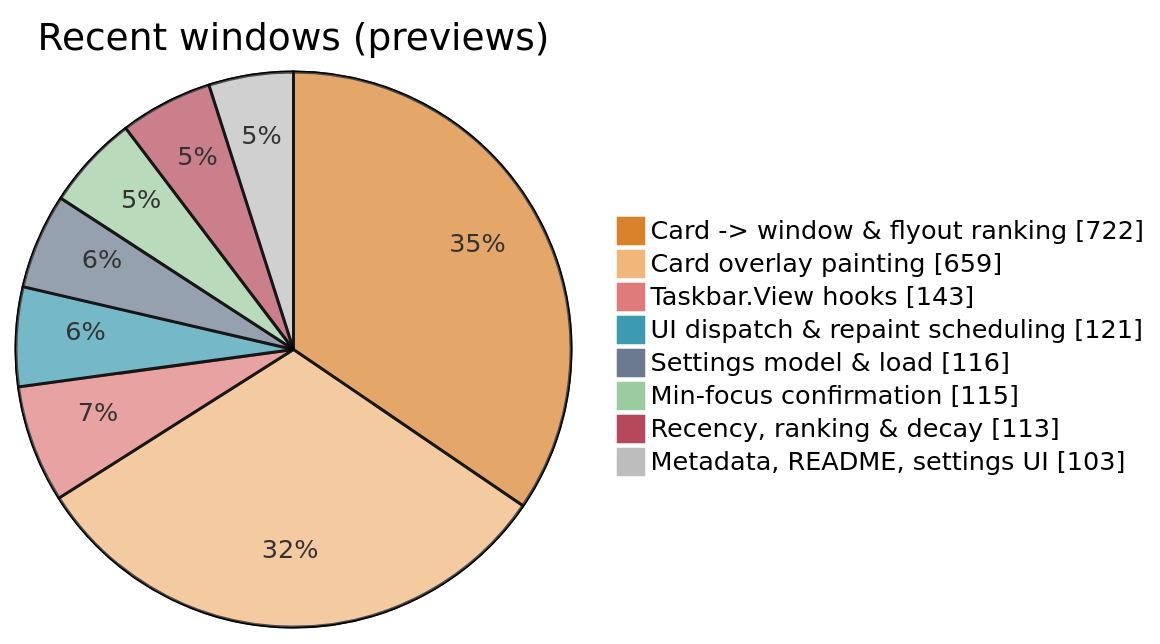
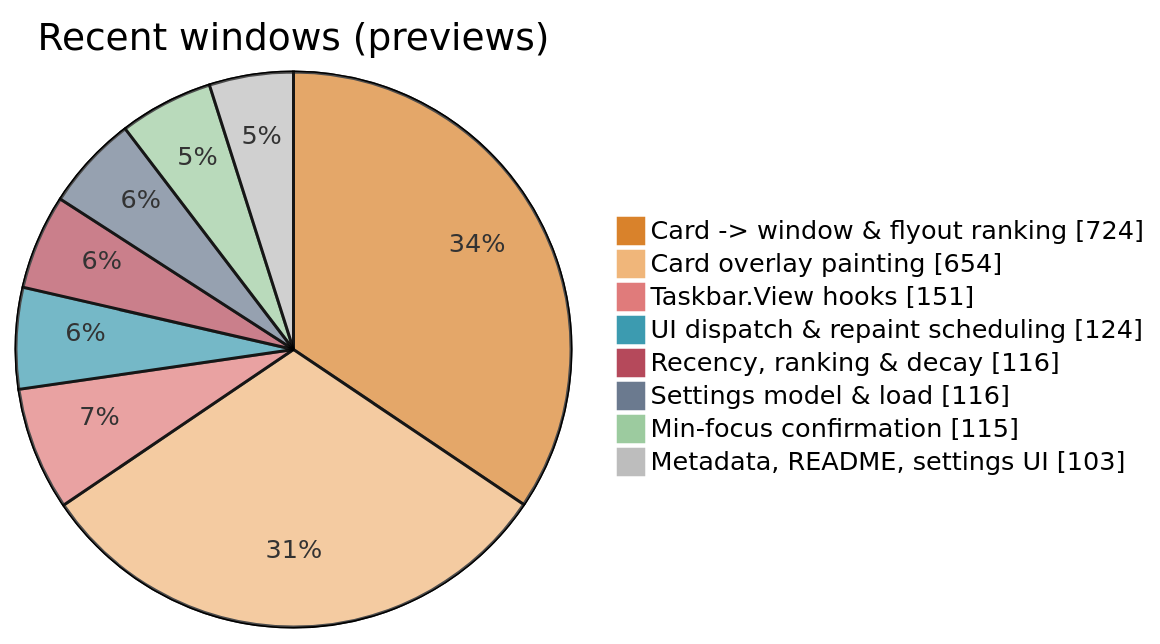
The fifth of 5 diagrams in doc/code/code-breakdown.md (jvlasek/taskbar-recent-focus-highlight), drawn with Mermaid before and after one commit. The commit also changed other lines of this file and 13 other files, not shown here.

````diff
--- a/doc/code/code-breakdown.md
+++ b/doc/code/code-breakdown.md
@@ -153,12 +153,12 @@
 ```mermaid
-%%{init: {"themeVariables": {"pie1": "#D9822B", "pie2": "#F0B67A", "pie3": "#E07B7B", "pie4": "#3C9BB0", "pie5": "#6B7A8F", "pie6": "#9CCB9F", "pie7": "#B5495B", "pie8": "#BDBDBD", "pieOuterStrokeWidth": "1px"}}}%%
+%%{init: {"themeVariables": {"pie1": "#D9822B", "pie2": "#F0B67A", "pie3": "#E07B7B", "pie4": "#3C9BB0", "pie5": "#B5495B", "pie6": "#6B7A8F", "pie7": "#9CCB9F", "pie8": "#BDBDBD", "pieOuterStrokeWidth": "1px"}}}%%
 pie showData title Recent windows (previews)
-    "Card -> window & flyout ranking" : 722
-    "Card overlay painting" : 659
-    "Taskbar.View hooks" : 143
-    "UI dispatch & repaint scheduling" : 121
+    "Card -> window & flyout ranking" : 724
+    "Card overlay painting" : 654
+    "Taskbar.View hooks" : 151
+    "UI dispatch & repaint scheduling" : 124
+    "Recency, ranking & decay" : 116
     "Settings model & load" : 116
     "Min-focus confirmation" : 115
-    "Recency, ranking & decay" : 113
     "Metadata, README, settings UI" : 103
 ```
````
